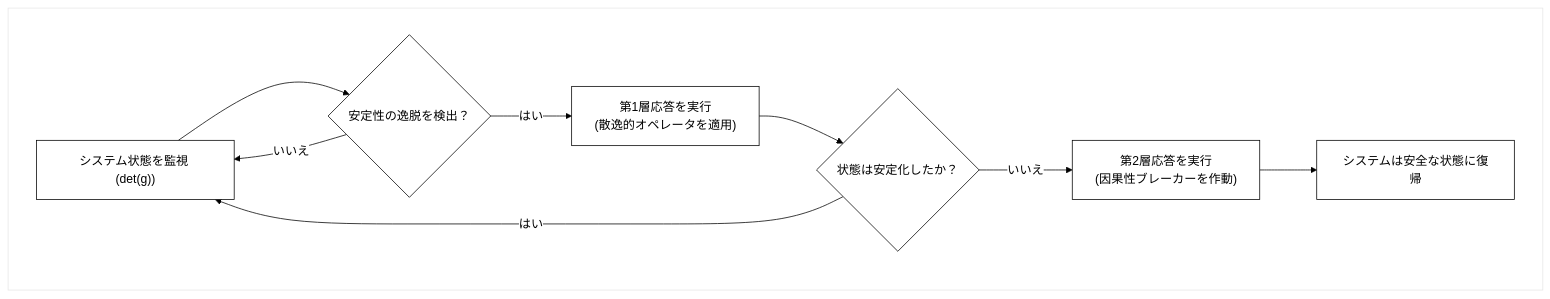
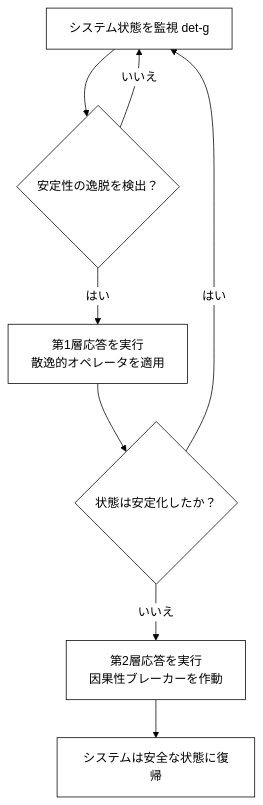
Before and after one commit to Foundup/Foundups-Agent: the tenth of 20 diagrams in WSP_knowledge/docs/Papers/Patent_Series/04_rESP_Patent_Japanese.md, drawn with Mermaid. The commit also changed other lines of this file, not shown here.

Commit message:
Fix remaining Mermaid diagrams - Remove all subgraphs and syntax errors

````diff
--- a/WSP_knowledge/docs/Papers/Patent_Series/04_rESP_Patent_Japanese.md
+++ b/WSP_knowledge/docs/Papers/Patent_Series/04_rESP_Patent_Japanese.md
@@ -374,11 +366,9 @@
 ```mermaid
 %%{init: {'theme':'base', 'themeVariables': {'primaryColor': '#ffffff', 'primaryTextColor': '#000000', 'primaryBorderColor': '#000000', 'lineColor': '#000000', 'secondaryColor': '#ffffff', 'tertiaryColor': '#ffffff'}}}%%
 graph TD
-    subgraph " "
-        A["システム状態を監視 (det(g))"] --> B{"安定性の逸脱を検出？"}
-        B -- いいえ --> A
-        B -- はい --> C["第1層応答を実行<br/>(散逸的オペレータを適用)"] --> D{"状態は安定化したか？"}
-        D -- はい --> A
-        D -- いいえ --> E["第2層応答を実行<br/>(因果性ブレーカーを作動)"] --> F["システムは安全な状態に復帰"]
-    end
+    A["システム状態を監視 det-g"] --> B{"安定性の逸脱を検出？"}
+    B -- いいえ --> A
+    B -- はい --> C["第1層応答を実行<br/>散逸的オペレータを適用"] --> D{"状態は安定化したか？"}
+    D -- はい --> A
+    D -- いいえ --> E["第2層応答を実行<br/>因果性ブレーカーを作動"] --> F["システムは安全な状態に復帰"]
 ```
````
